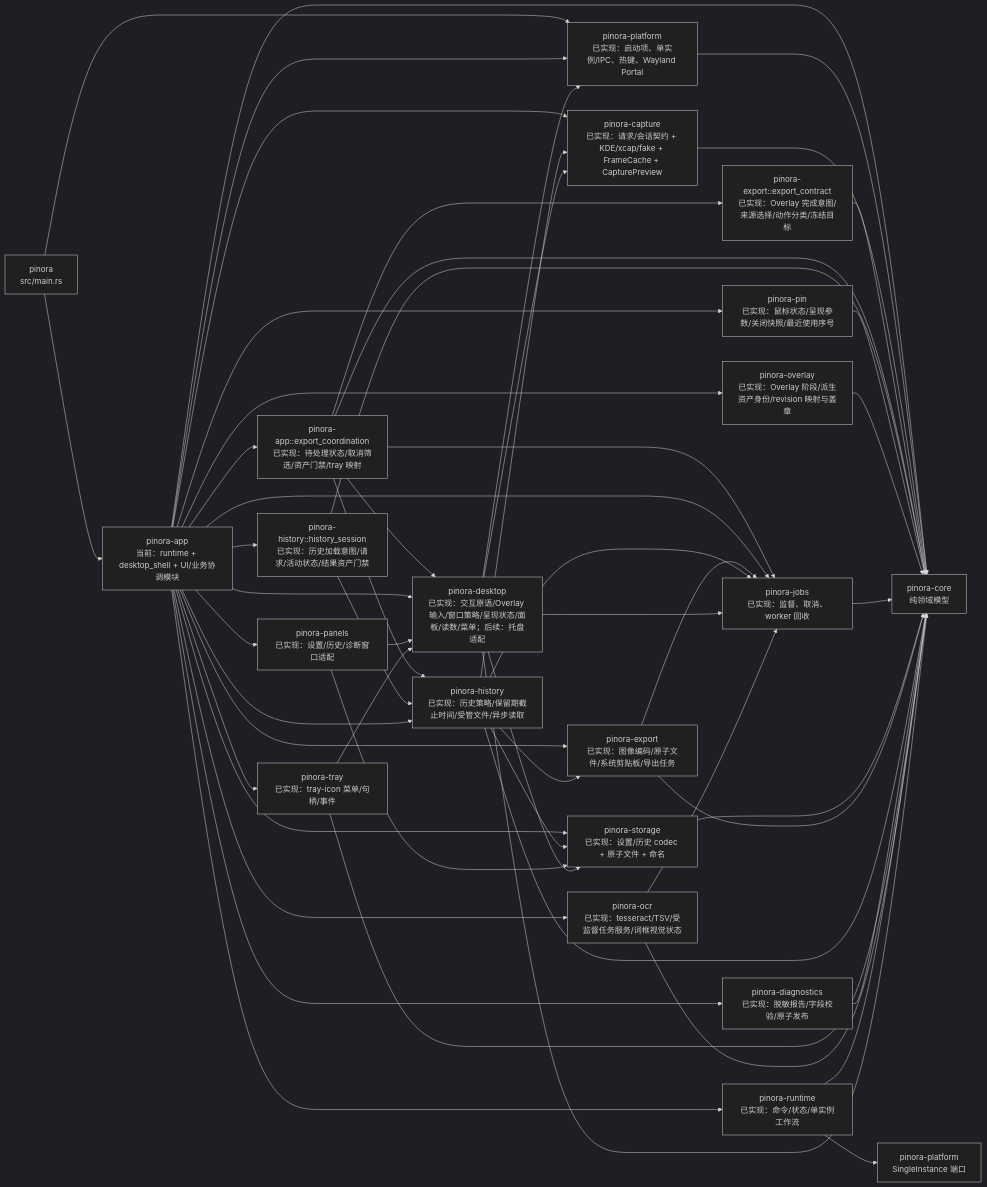
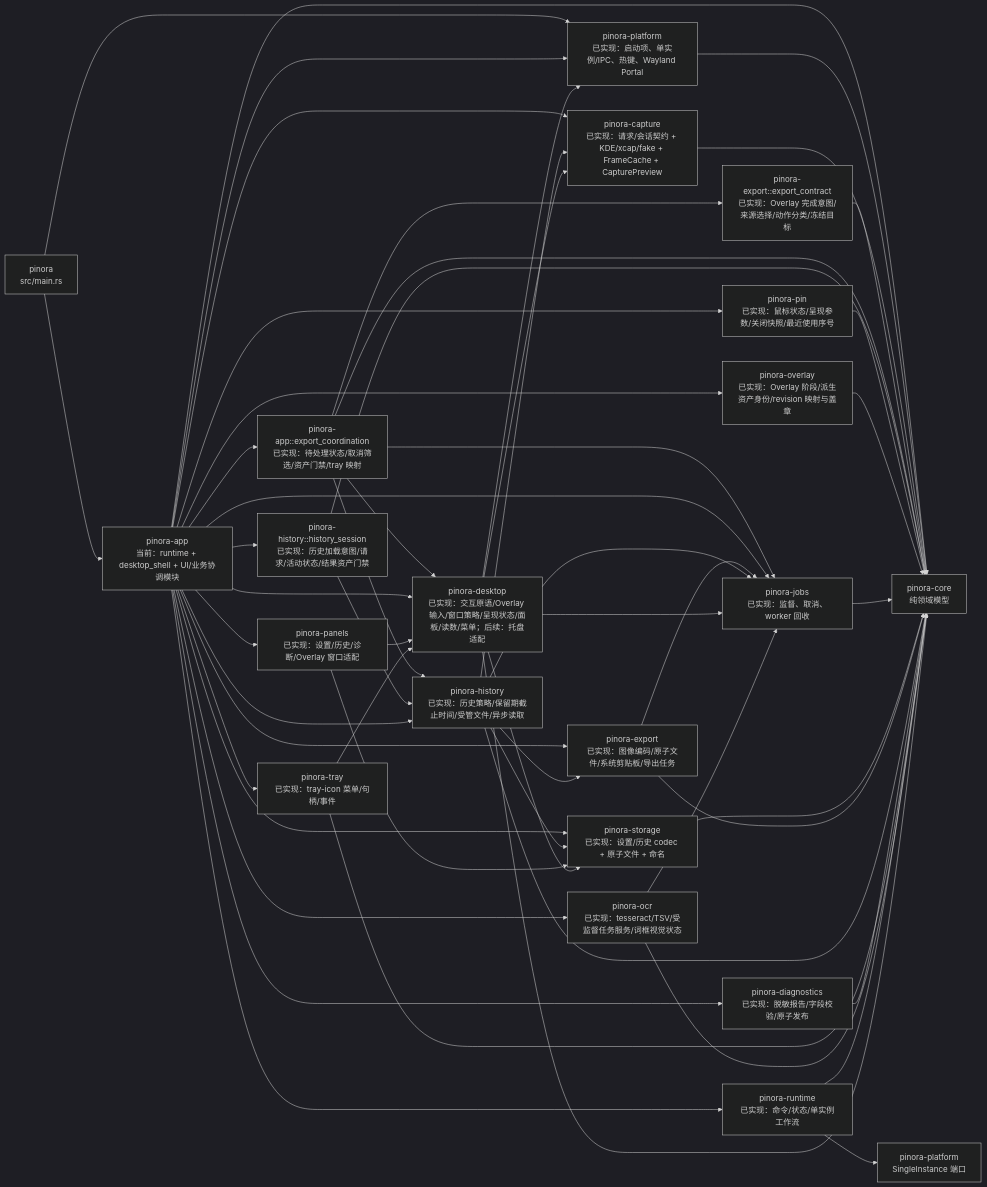
One commit to yhyzgn/pinora changed the third of 30 diagrams in docs/Pinora-开发设计文档.md. Above: the diagram before and after it, drawn with Mermaid (dark theme). The commit also changed other lines of this file and 10 other files, not shown here.

````diff
--- a/docs/Pinora-开发设计文档.md
+++ b/docs/Pinora-开发设计文档.md
@@ -236,58 +236,58 @@
 ```mermaid
 flowchart LR
     Main["pinora\nsrc/main.rs"] --> App["pinora-app\n当前：runtime + desktop_shell + UI/业务协调模块"]
     Main --> Platform["pinora-platform\n已实现：启动项、单实例/IPC、热键、Wayland Portal"]
     App --> Platform
     App --> Core["pinora-core\n纯领域模型"]
     Platform --> Core
 
     App --> CaptureNow["pinora-capture\n已实现：请求/会话契约 + KDE/xcap/fake + FrameCache + CapturePreview"]
     CaptureNow --> Core
     App --> ExportCoordinator["pinora-app::export_coordination\n已实现：待处理状态/取消筛选/资产门禁/tray 映射"]
     ExportCoordinator --> ExportContract["pinora-export::export_contract\n已实现：Overlay 完成意图/来源选择/动作分类/冻结目标"]
     ExportContract --> Core
     ExportCoordinator --> Core
     ExportCoordinator --> HistoryNow
     ExportCoordinator --> Desktop
     ExportCoordinator --> JobsNow
     App --> HistorySession["pinora-history::history_session\n已实现：历史加载意图/请求/活动状态/结果资产门禁"]
     HistorySession --> Core
     HistorySession --> HistoryNow
     App --> PinSession["pinora-pin\n已实现：鼠标状态/呈现参数/关闭快照/最近使用序号"]
     PinSession --> Core
     App --> OverlaySession["pinora-overlay\n已实现：Overlay 阶段/派生资产身份/revision 映射与盖章"]
     OverlaySession --> Core
     App --> JobsNow["pinora-jobs\n已实现：监督、取消、worker 回收"]
     JobsNow --> Core
     App --> StorageNow["pinora-storage\n已实现：设置/历史 codec + 原子文件 + 命名"]
     StorageNow --> Core
     App --> Desktop["pinora-desktop\n已实现：交互原语/Overlay 输入/窗口策略/呈现状态/面板/读数/菜单；后续：托盘适配"]
     App --> ExportNow["pinora-export\n已实现：图像编码/原子文件/系统剪贴板/导出任务"]
     ExportNow --> Core
     ExportNow --> JobsNow
     App --> HistoryNow["pinora-history\n已实现：历史策略/保留期截止时间/受管文件/异步读取"]
     HistoryNow --> Core
     HistoryNow --> StorageNow
     HistoryNow --> CaptureNow
     HistoryNow --> JobsNow
     HistoryNow --> ExportNow
     App --> DiagnosticsNow["pinora-diagnostics\n已实现：脱敏报告/字段校验/原子发布"]
     DiagnosticsNow --> Core
-    App --> PanelsNow["pinora-panels\n已实现：设置/历史/诊断窗口适配"]
+    App --> PanelsNow["pinora-panels\n已实现：设置/历史/诊断/Overlay 窗口适配"]
     PanelsNow --> Desktop
     PanelsNow --> StorageNow
     App --> TrayNow["pinora-tray\n已实现：tray-icon 菜单/句柄/事件"]
     TrayNow --> Core
     TrayNow --> Desktop
     App --> RuntimeNow["pinora-runtime\n已实现：命令/状态/单实例工作流"]
     RuntimeNow --> Core
     RuntimeNow --> PlatformNow["pinora-platform\nSingleInstance 端口"]
     App --> Ocr["pinora-ocr\n已实现：tesseract/TSV/受监督任务服务/词框视觉状态"]
     Ocr --> Core
     Desktop --> Core
     Desktop --> Platform
     Desktop --> CaptureNow
     Desktop --> JobsNow
     Desktop --> StorageNow
     Ocr --> JobsNow
 ```
````
